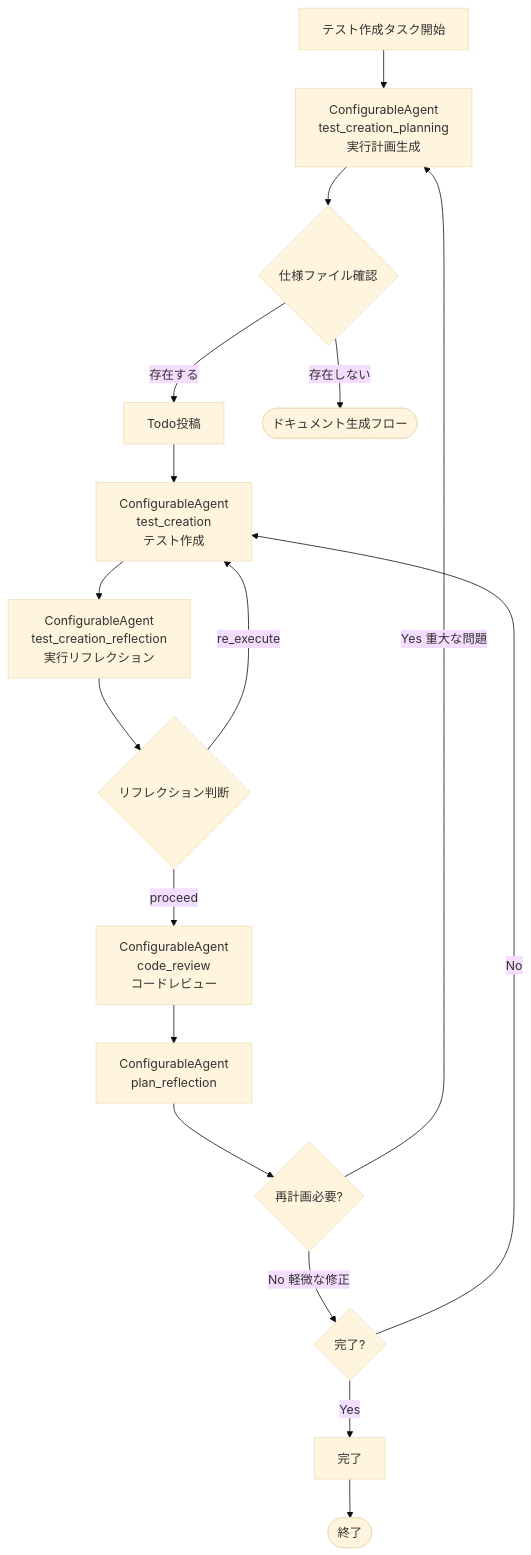
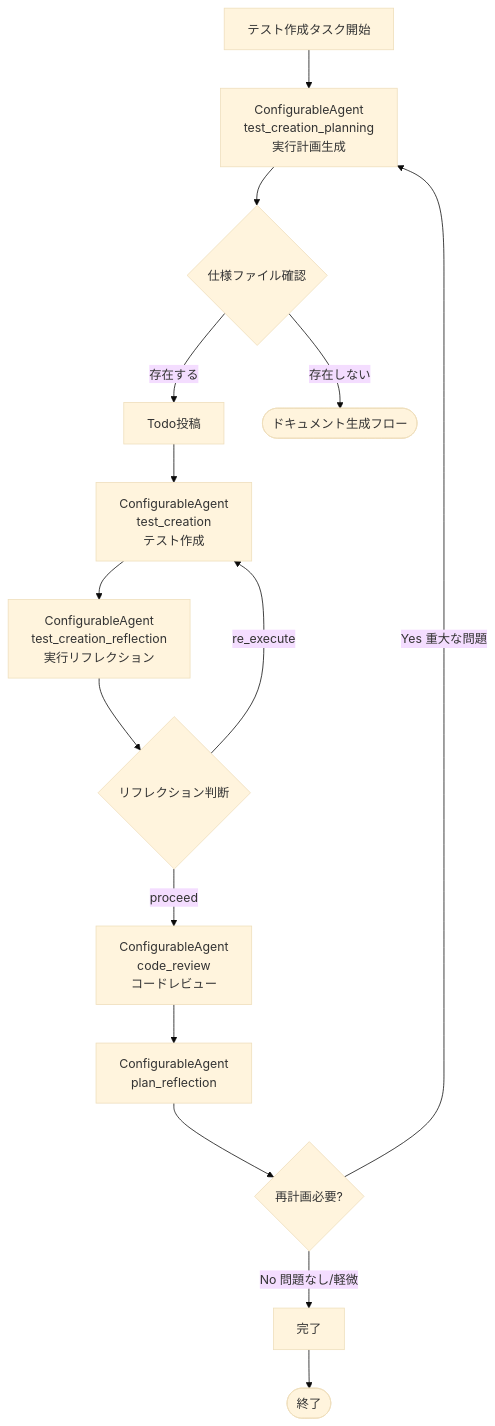
The seventh of 7 diagrams in docs/STANDARD_MR_PROCESSING_FLOW.md (notfolder/CodeAgentOrchestrator), drawn with Mermaid (base theme) before and after one commit. The commit also changed other lines of this file and 2 other files, not shown here.

````diff
--- a/docs/STANDARD_MR_PROCESSING_FLOW.md
+++ b/docs/STANDARD_MR_PROCESSING_FLOW.md
@@ -725,23 +715,20 @@
 ```mermaid
 flowchart TD
     Start[テスト作成タスク開始] --> Planning[ConfigurableAgent<br/>test_creation_planning<br/>実行計画生成]
     Planning --> SpecCheck{仕様ファイル確認}
     
     SpecCheck -->|存在する| Todo[Todo投稿]
     SpecCheck -->|存在しない| End1([ドキュメント生成フロー])
     
     Todo --> TestCreate[ConfigurableAgent<br/>test_creation<br/>テスト作成]
     TestCreate --> TestRefl[ConfigurableAgent<br/>test_creation_reflection<br/>実行リフレクション]
     TestRefl --> TestReflBranch{リフレクション判断}
     TestReflBranch -->|re_execute| TestCreate
     TestReflBranch -->|proceed| CodeReview[ConfigurableAgent<br/>code_review<br/>コードレビュー]
     
     CodeReview --> Reflection[ConfigurableAgent<br/>plan_reflection]
     Reflection --> ReplanCheck{再計画必要?}
     ReplanCheck -->|Yes 重大な問題| Planning
-    ReplanCheck -->|No 軽微な修正| Complete{完了?}
-    
-    Complete -->|No| TestCreate
-    Complete -->|Yes| Finish[完了]
+    ReplanCheck -->|No 問題なし/軽微| Finish[完了]
     Finish --> End2([終了])
 ```
````
